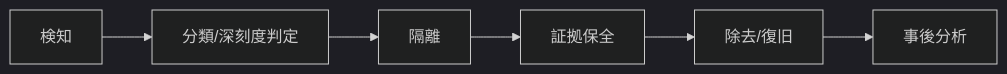
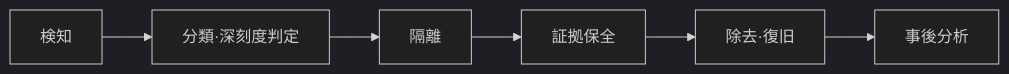
Before and after one commit to cloudpickr/cloudpick-docs: the diagram in src/content/docs/ja/security/incident-response.md, drawn with Mermaid (dark theme). The commit also changed other lines of this file and 29 other files, not shown here.

First line of the commit message:
fix: Mermaid 전수조사 — 노드 라벨 슬래시 13건 수정 (ko/en/ja)

````diff
--- a/src/content/docs/ja/security/incident-response.md
+++ b/src/content/docs/ja/security/incident-response.md
@@ -18,4 +18,4 @@
 ```mermaid
 graph LR
-    A[検知] --> B[分類/深刻度判定] --> C[隔離] --> D[証拠保全] --> E[除去/復旧] --> F[事後分析]
+    A[検知] --> B[分類·深刻度判定] --> C[隔離] --> D[証拠保全] --> E[除去·復旧] --> F[事後分析]
 ```
````
